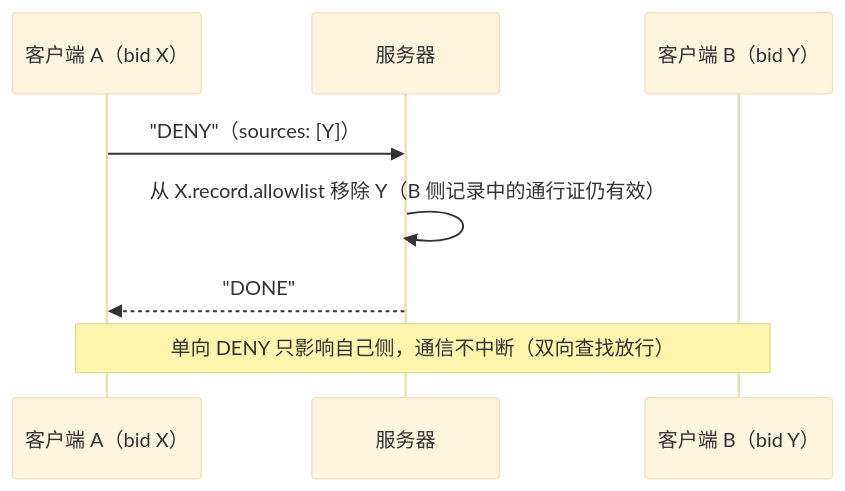
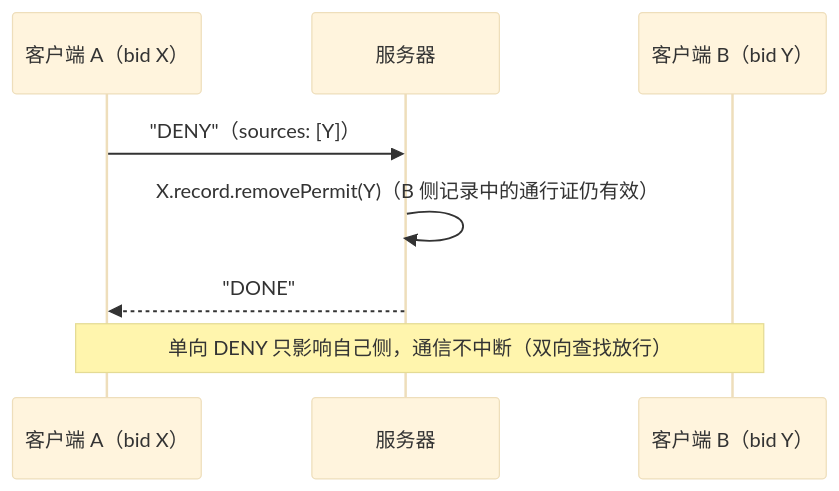
The sixth of 11 diagrams in docs/workflow.md (moky/magpie), drawn with Mermaid (base theme) before and after one commit. The commit also changed other lines of this file and 8 other files, not shown here.

````diff
--- a/docs/workflow.md
+++ b/docs/workflow.md
@@ -148,11 +148,11 @@
 ```mermaid
 sequenceDiagram
     participant A as 客户端 A（bid X）
     participant S as 服务器
     participant B as 客户端 B（bid Y）
 
     A->>S: "DENY"（sources: [Y]）
-    S->>S: 从 X.record.allowlist 移除 Y（B 侧记录中的通行证仍有效）
+    S->>S: X.record.removePermit(Y)（B 侧记录中的通行证仍有效）
     S-->>A: "DONE"
     Note over A,B: 单向 DENY 只影响自己侧，通信不中断（双向查找放行）
 ```
````
